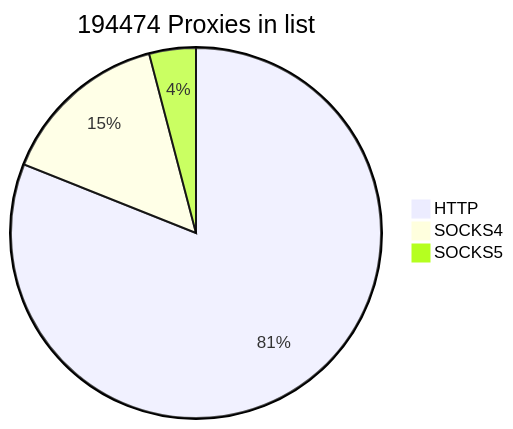
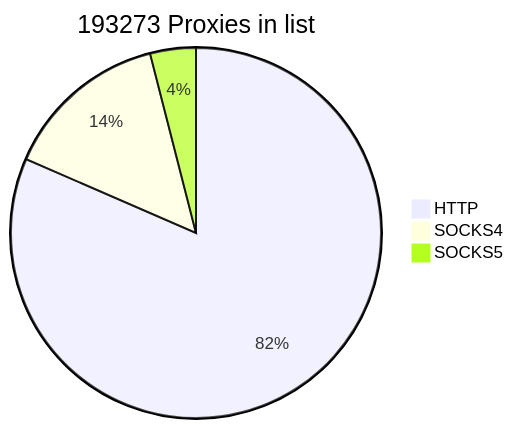
One commit to cutipu/proxylist changed the first of 2 diagrams in README.md. Above: the diagram before and after it, drawn with Mermaid. The commit also changed other lines of this file, not shown here.

````diff
--- a/README.md
+++ b/README.md
@@ -2,7 +2,7 @@
 ```mermaid
-pie title 194474 Proxies in list
-    "HTTP" : 157591
-    "SOCKS4" : 28962
-    "SOCKS5" : 7921
+pie title 193273 Proxies in list
+    "HTTP" : 157568
+    "SOCKS4" : 27992
+    "SOCKS5" : 7713
             
 ```
````
